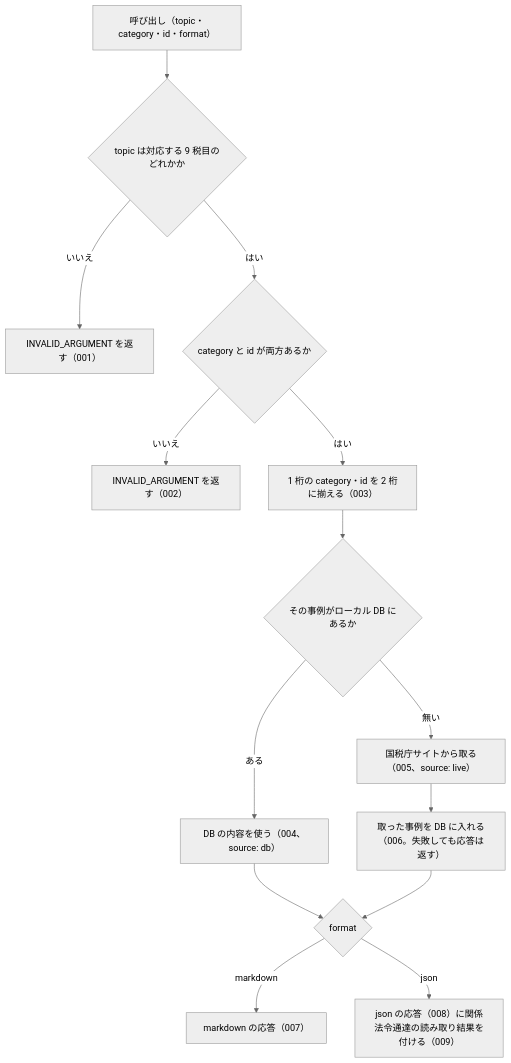
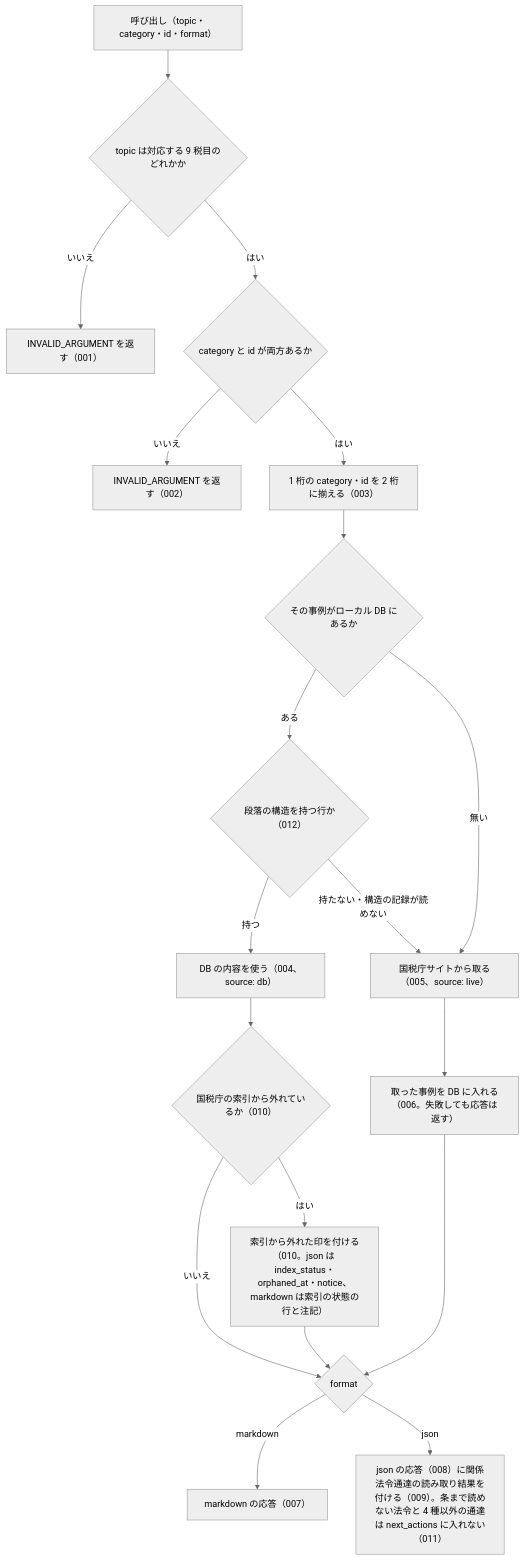
Before and after one commit to shuji-bonji/houki-nta-mcp: the diagram in specs/current/nta_get_qa/spec.md, drawn with Mermaid (neutral theme). The commit also changed other lines of this file and 45 other files, not shown here.

````diff
--- a/specs/current/nta_get_qa/spec.md
+++ b/specs/current/nta_get_qa/spec.md
@@ -28,16 +28,21 @@
 ```mermaid
 flowchart TD
   A["呼び出し（topic・category・id・format）"] --> B{"topic は対応する 9 税目のどれかか"}
   B -- いいえ --> E1["INVALID_ARGUMENT を返す（001）"]
   B -- はい --> C{"category と id が両方あるか"}
   C -- いいえ --> E2["INVALID_ARGUMENT を返す（002）"]
   C -- はい --> D["1 桁の category・id を 2 桁に揃える（003）"]
   D --> F{"その事例がローカル DB にあるか"}
-  F -- ある --> G["DB の内容を使う（004、source: db）"]
+  F -- ある --> F2{"段落の構造を持つ行か（012）"}
+  F2 -- 持つ --> G["DB の内容を使う（004、source: db）"]
+  F2 -- "持たない・構造の記録が読めない" --> H
   F -- 無い --> H["国税庁サイトから取る（005、source: live）"]
   H --> I["取った事例を DB に入れる（006。失敗しても応答は返す）"]
-  G --> J{"format"}
+  G --> X{"国税庁の索引から外れているか（010）"}
+  X -- はい --> Y["索引から外れた印を付ける（010。json は index_status・orphaned_at・notice、markdown は索引の状態の行と注記）"]
+  X -- いいえ --> J{"format"}
+  Y --> J
   I --> J
   J -- markdown --> K["markdown の応答（007）"]
-  J -- json --> L["json の応答（008）に関係法令通達の読み取り結果を付ける（009）"]
+  J -- json --> L["json の応答（008）に関係法令通達の読み取り結果を付ける（009）。条まで読めない法令と 4 種以外の通達は next_actions に入れない（011）"]
 ```
````
